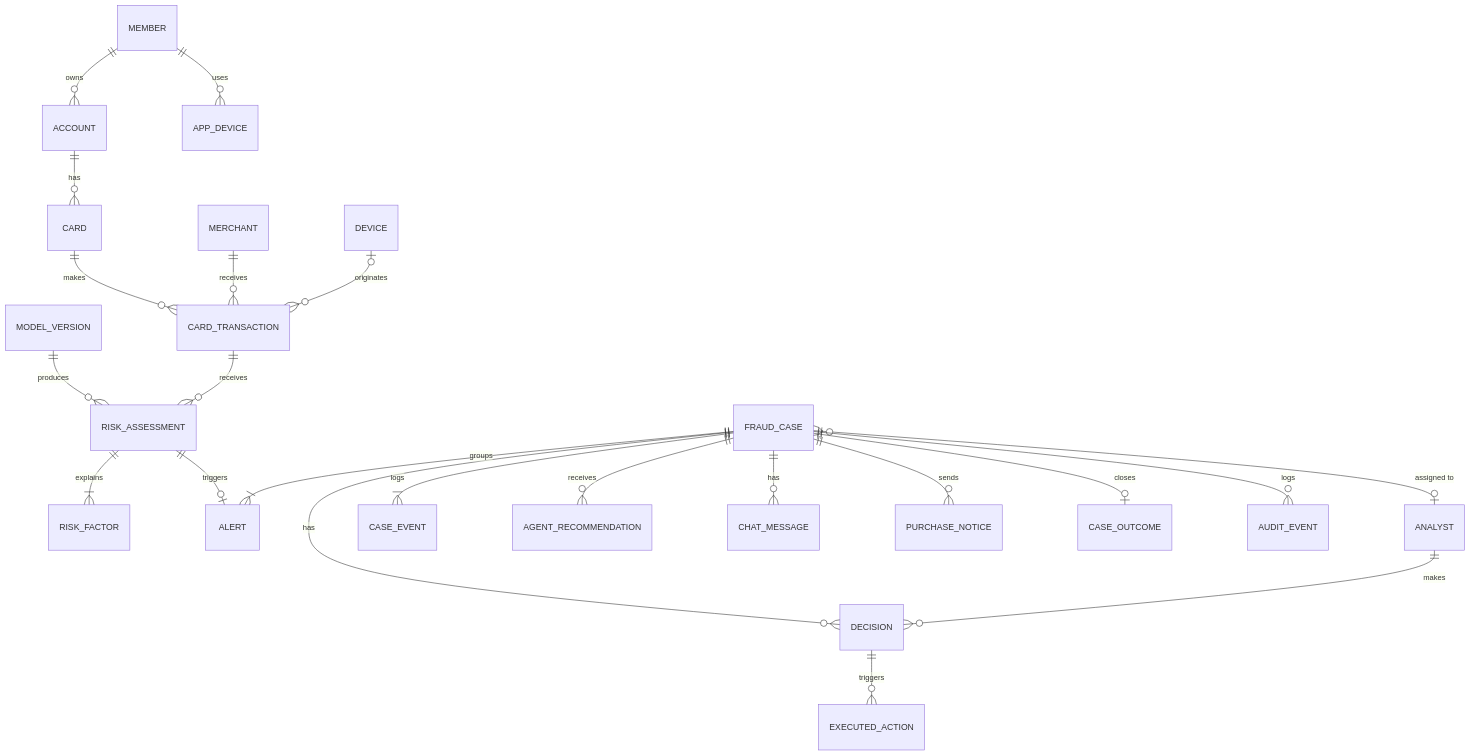
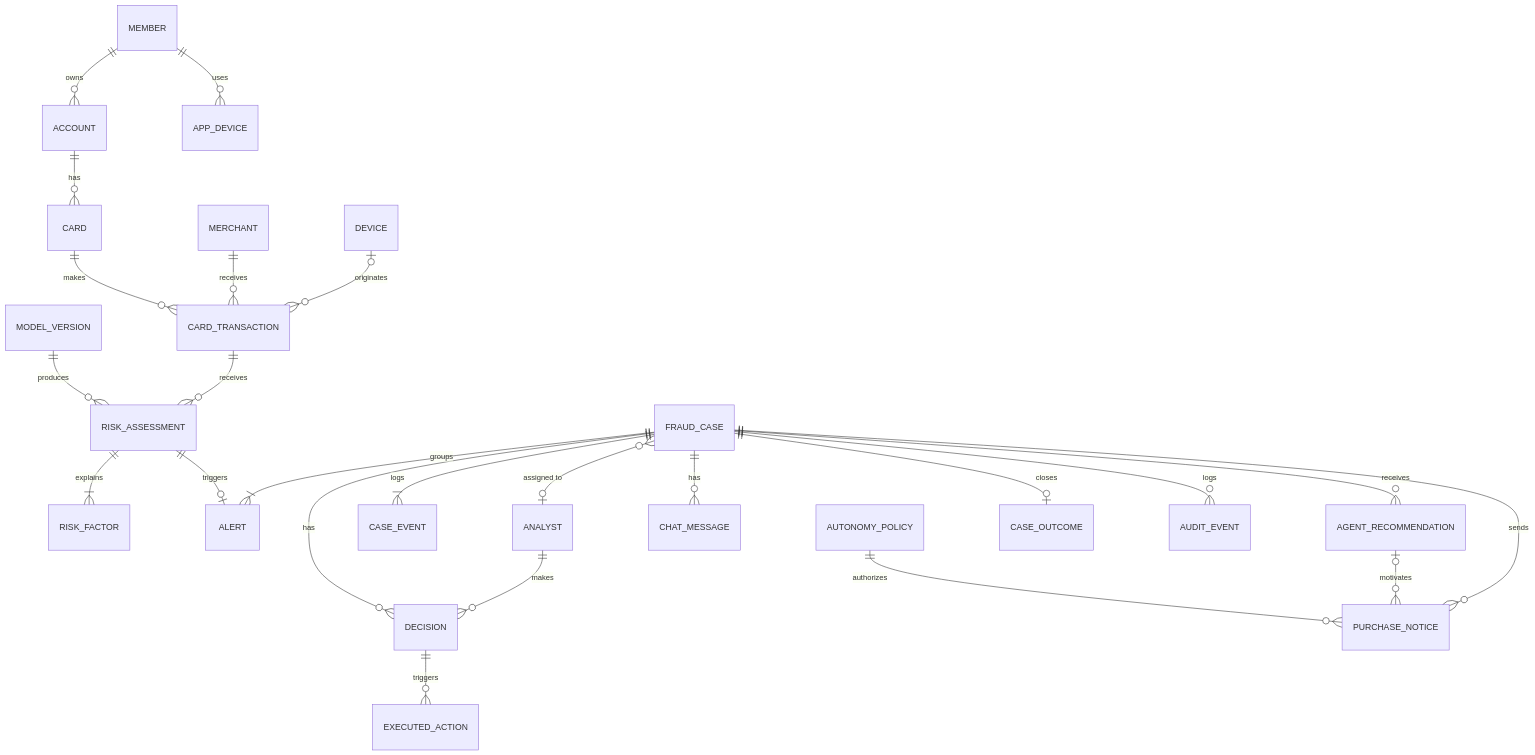
Before and after one commit to PedroHaouliFaria/Inteli-Raiz: the diagram in docs/dados/modelo-de-dados.md, drawn with Mermaid. The commit also changed other lines of this file and 15 other files, not shown here.

````diff
--- a/docs/dados/modelo-de-dados.md
+++ b/docs/dados/modelo-de-dados.md
@@ -17,26 +17,28 @@
 ```mermaid
 erDiagram
     MEMBER ||--o{ ACCOUNT : owns
     MEMBER ||--o{ APP_DEVICE : uses
     ACCOUNT ||--o{ CARD : has
     CARD ||--o{ CARD_TRANSACTION : makes
     MERCHANT ||--o{ CARD_TRANSACTION : receives
     DEVICE |o--o{ CARD_TRANSACTION : originates
 
     MODEL_VERSION ||--o{ RISK_ASSESSMENT : produces
     CARD_TRANSACTION ||--o{ RISK_ASSESSMENT : receives
     RISK_ASSESSMENT ||--|{ RISK_FACTOR : explains
 
     RISK_ASSESSMENT ||--o| ALERT : triggers
     FRAUD_CASE ||--|{ ALERT : groups
     FRAUD_CASE }o--o| ANALYST : "assigned to"
     FRAUD_CASE ||--|{ CASE_EVENT : logs
     FRAUD_CASE ||--o{ AGENT_RECOMMENDATION : receives
     FRAUD_CASE ||--o{ CHAT_MESSAGE : has
     FRAUD_CASE ||--o{ DECISION : has
     ANALYST ||--o{ DECISION : makes
     DECISION ||--o{ EXECUTED_ACTION : triggers
+    AUTONOMY_POLICY ||--o{ PURCHASE_NOTICE : authorizes
+    AGENT_RECOMMENDATION |o--o{ PURCHASE_NOTICE : motivates
     FRAUD_CASE ||--o{ PURCHASE_NOTICE : sends
     FRAUD_CASE ||--o| CASE_OUTCOME : closes
     FRAUD_CASE ||--o{ AUDIT_EVENT : logs
 ```
````
